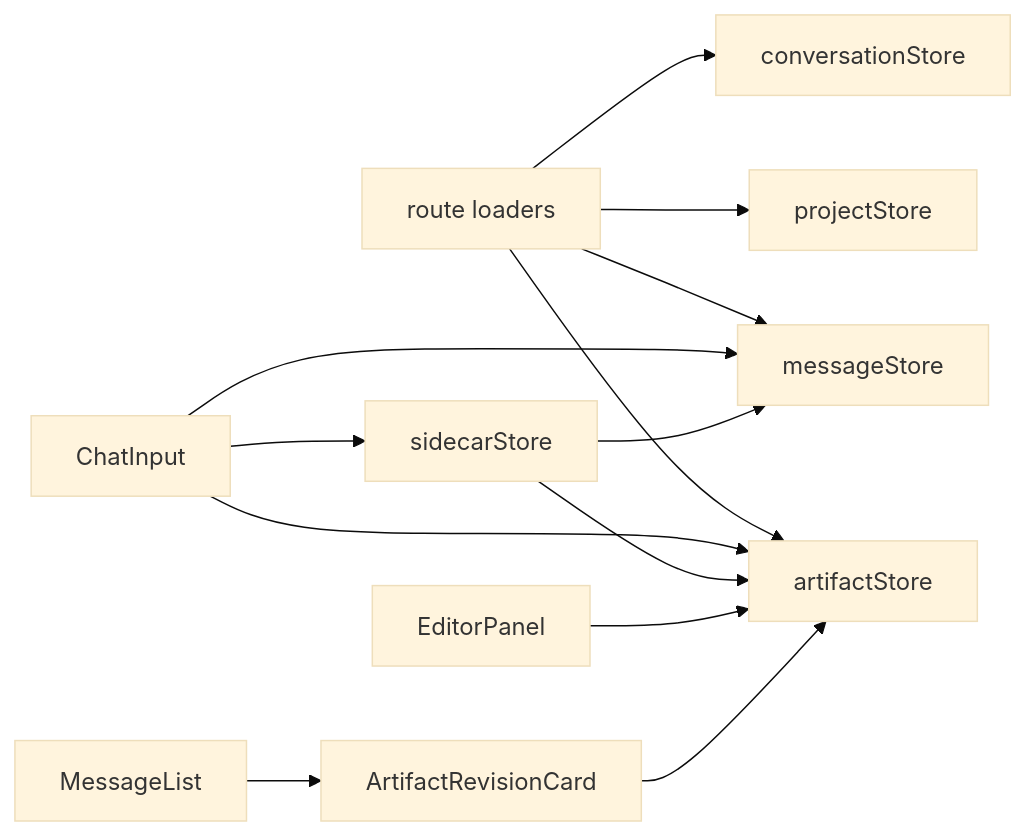
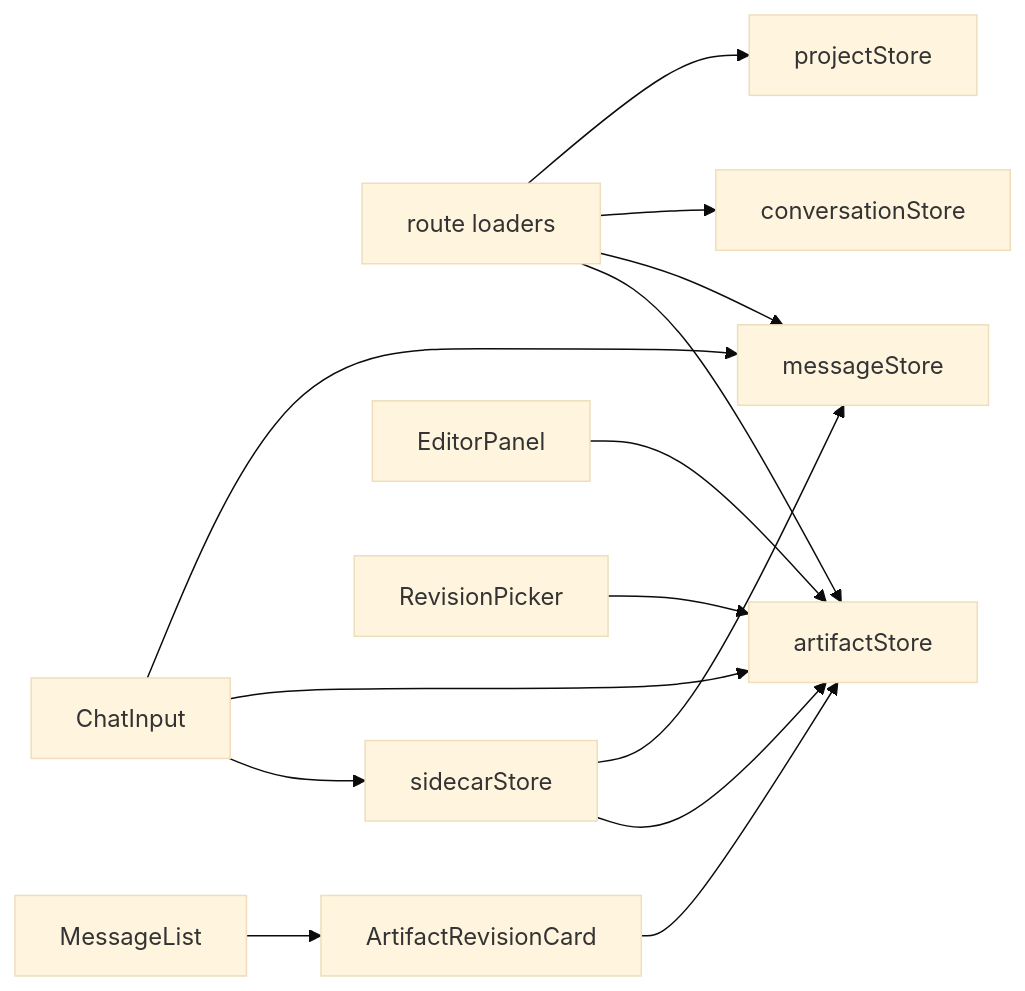
One commit to jpetroff/ai-cowork-assistant changed the second of 2 diagrams in .memory/frontend-relations.md. Above: the diagram before and after it, drawn with Mermaid (base theme). The commit also changed other lines of this file and 11 other files, not shown here.

Commit message:
semi-fix for artifact revision behavior

````diff
--- a/.memory/frontend-relations.md
+++ b/.memory/frontend-relations.md
@@ -28,16 +28,17 @@
 ```mermaid
 flowchart LR
   RouterLoaders["route loaders"] --> ProjectStore["projectStore"]
   RouterLoaders --> ConversationStore["conversationStore"]
   RouterLoaders --> MessageStore["messageStore"]
   RouterLoaders --> ArtifactStore["artifactStore"]
 
   ChatInput --> MessageStore
   ChatInput --> ArtifactStore
   ChatInput --> SidecarStore["sidecarStore"]
   SidecarStore --> MessageStore
   SidecarStore --> ArtifactStore
   EditorPanel --> ArtifactStore
+  RevisionPicker["RevisionPicker"] --> ArtifactStore
   MessageList --> ArtifactRevisionCard["ArtifactRevisionCard"]
   ArtifactRevisionCard --> ArtifactStore
 ```
````
